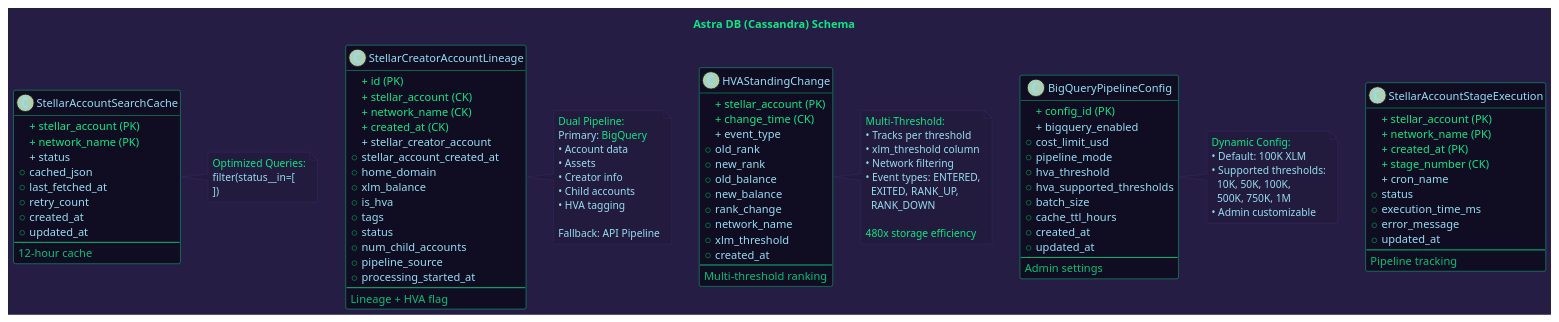
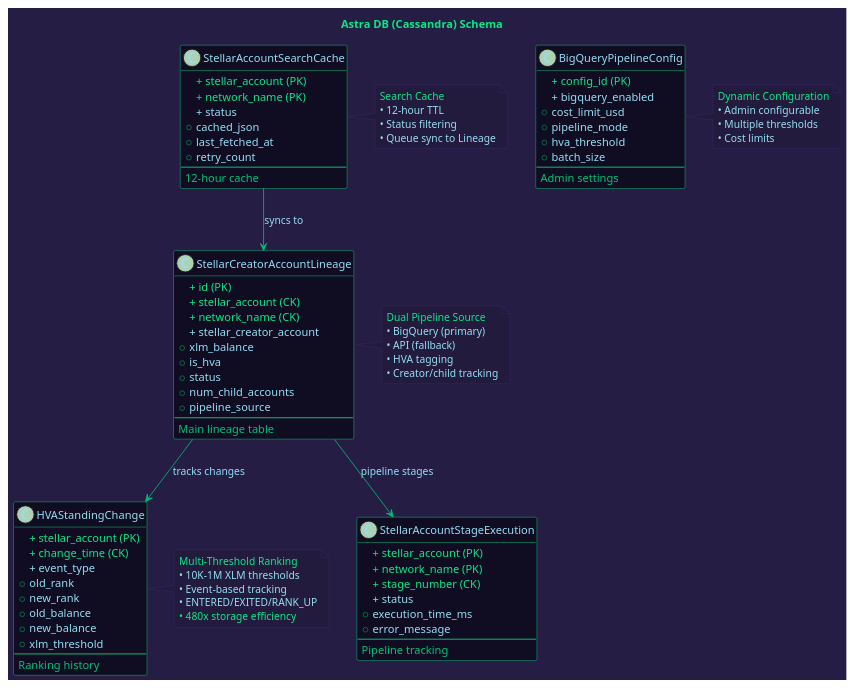
The diagram in diagrams/03_database_schema.puml (areveur51/StellarMapWeb), drawn with PlantUML before and after one commit. The commit also changed 5 other files, not shown here.

First line of the commit message:
Update diagrams to show top-down architecture and relationships

```diff
--- a/diagrams/03_database_schema.puml
+++ b/diagrams/03_database_schema.puml
@@ -1,142 +1,117 @@
 @startuml 03_database_schema
 
 skinparam backgroundColor #261D45
 skinparam defaultFontColor #96DDF2
+
+top to bottom direction
 
 skinparam class {
   BackgroundColor #100D23
   BorderColor #0BE784
   FontColor #96DDF2
   ArrowColor #01C176
 }
 
 skinparam note {
   BackgroundColor #231B3D
   BorderColor #3f2c70
   FontColor #96DDF2
 }
 
 title <color:#0BE784>Astra DB (Cassandra) Schema
 
-top to bottom direction
-
 class StellarAccountSearchCache {
   <color:#0BE784>+ stellar_account (PK)
   <color:#0BE784>+ network_name (PK)
   <color:#96DDF2>+ status
   + cached_json
   + last_fetched_at
   + retry_count
-  + created_at
-  + updated_at
   --
   <color:#01C176>12-hour cache
 }
 
 class StellarCreatorAccountLineage {
   <color:#0BE784>+ id (PK)
   <color:#0BE784>+ stellar_account (CK)
   <color:#0BE784>+ network_name (CK)
-  <color:#0BE784>+ created_at (CK)
   <color:#96DDF2>+ stellar_creator_account
-  + stellar_account_created_at
-  + home_domain
   + xlm_balance
   + is_hva
-  + tags
   + status
   + num_child_accounts
   + pipeline_source
-  + processing_started_at
   --
-  <color:#01C176>Lineage + HVA flag
-}
-
-class StellarAccountStageExecution {
-  <color:#0BE784>+ stellar_account (PK)
-  <color:#0BE784>+ network_name (PK)
-  <color:#0BE784>+ created_at (PK)
-  <color:#0BE784>+ stage_number (CK)
-  <color:#96DDF2>+ cron_name
-  + status
-  + execution_time_ms
-  + error_message
-  + updated_at
-  --
-  <color:#01C176>Pipeline tracking
+  <color:#01C176>Main lineage table
 }
 
 class HVAStandingChange {
   <color:#0BE784>+ stellar_account (PK)
   <color:#0BE784>+ change_time (CK)
   <color:#96DDF2>+ event_type
   + old_rank
   + new_rank
   + old_balance
   + new_balance
-  + rank_change
-  + network_name
   + xlm_threshold
-  + created_at
   --
-  <color:#01C176>Multi-threshold ranking
+  <color:#01C176>Ranking history
+}
+
+class StellarAccountStageExecution {
+  <color:#0BE784>+ stellar_account (PK)
+  <color:#0BE784>+ network_name (PK)
+  <color:#0BE784>+ stage_number (CK)
+  <color:#96DDF2>+ status
+  + execution_time_ms
+  + error_message
+  --
+  <color:#01C176>Pipeline tracking
 }
 
 class BigQueryPipelineConfig {
   <color:#0BE784>+ config_id (PK)
   <color:#96DDF2>+ bigquery_enabled
   + cost_limit_usd
   + pipeline_mode
   + hva_threshold
-  + hva_supported_thresholds
   + batch_size
-  + cache_ttl_hours
-  + created_at
-  + updated_at
   --
   <color:#01C176>Admin settings
 }
 
-note right of StellarAccountSearchCache #231B3D
-  <color:#0BE784>Optimized Queries:
-  <color:#96DDF2>filter(status__in=[
-    'PENDING',
-    'IN_PROGRESS',
-    'RE_INQUIRY'
-  ])
+StellarAccountSearchCache -down-> StellarCreatorAccountLineage : "syncs to"
+StellarCreatorAccountLineage -down-> HVAStandingChange : "tracks changes"
+StellarCreatorAccountLineage -down-> StellarAccountStageExecution : "pipeline stages"
+
+note right of StellarAccountSearchCache
+  <color:#0BE784>Search Cache
+  <color:#96DDF2>• 12-hour TTL
+  <color:#96DDF2>• Status filtering
+  <color:#96DDF2>• Queue sync to Lineage
 end note
 
-note right of StellarCreatorAccountLineage #231B3D
-  <color:#0BE784>Dual Pipeline:
-  <color:#96DDF2>Primary: <color:#0BE784>BigQuery
-  <color:#96DDF2>• Account data
-  <color:#96DDF2>• Assets
-  <color:#96DDF2>• Creator info
-  <color:#96DDF2>• Child accounts
+note right of StellarCreatorAccountLineage
+  <color:#0BE784>Dual Pipeline Source
+  <color:#96DDF2>• BigQuery (primary)
+  <color:#96DDF2>• API (fallback)
   <color:#96DDF2>• HVA tagging
-  
-  <color:#96DDF2>Fallback: <color:#96DDF2>API Pipeline
+  <color:#96DDF2>• Creator/child tracking
 end note
 
-note right of HVAStandingChange #231B3D
-  <color:#0BE784>Multi-Threshold:
-  <color:#96DDF2>• Tracks per threshold
-  <color:#96DDF2>• xlm_threshold column
-  <color:#96DDF2>• Network filtering
-  <color:#96DDF2>• Event types: ENTERED,
-  <color:#96DDF2>  EXITED, RANK_UP,
-  <color:#96DDF2>  RANK_DOWN
-  
-  <color:#0BE784>480x storage efficiency
+note right of HVAStandingChange
+  <color:#0BE784>Multi-Threshold Ranking
+  <color:#96DDF2>• 10K-1M XLM thresholds
+  <color:#96DDF2>• Event-based tracking
+  <color:#96DDF2>• ENTERED/EXITED/RANK_UP
+  <color:#0BE784>• 480x storage efficiency
 end note
 
-note right of BigQueryPipelineConfig #231B3D
-  <color:#0BE784>Dynamic Config:
-  <color:#96DDF2>• Default: 100K XLM
-  <color:#96DDF2>• Supported thresholds:
-  <color:#96DDF2>  10K, 50K, 100K,
-  <color:#96DDF2>  500K, 750K, 1M
-  <color:#96DDF2>• Admin customizable
+note right of BigQueryPipelineConfig
+  <color:#0BE784>Dynamic Configuration
+  <color:#96DDF2>• Admin configurable
+  <color:#96DDF2>• Multiple thresholds
+  <color:#96DDF2>• Cost limits
 end note
 
 @enduml
```
